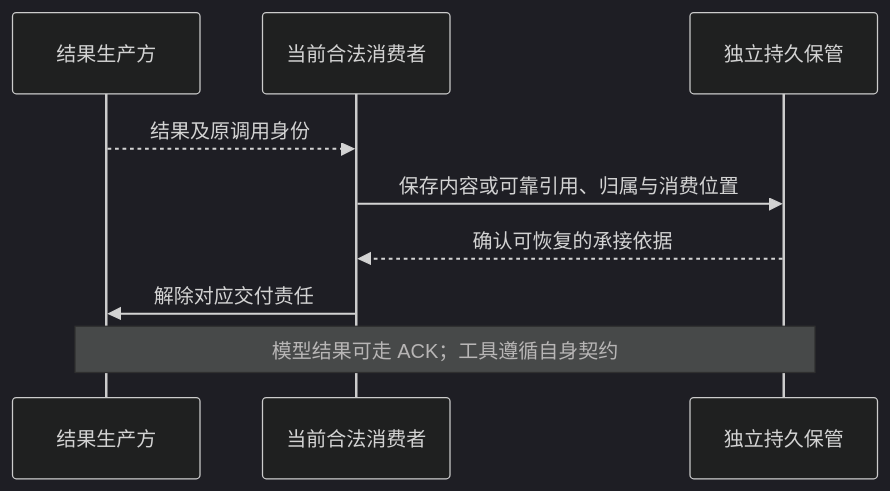
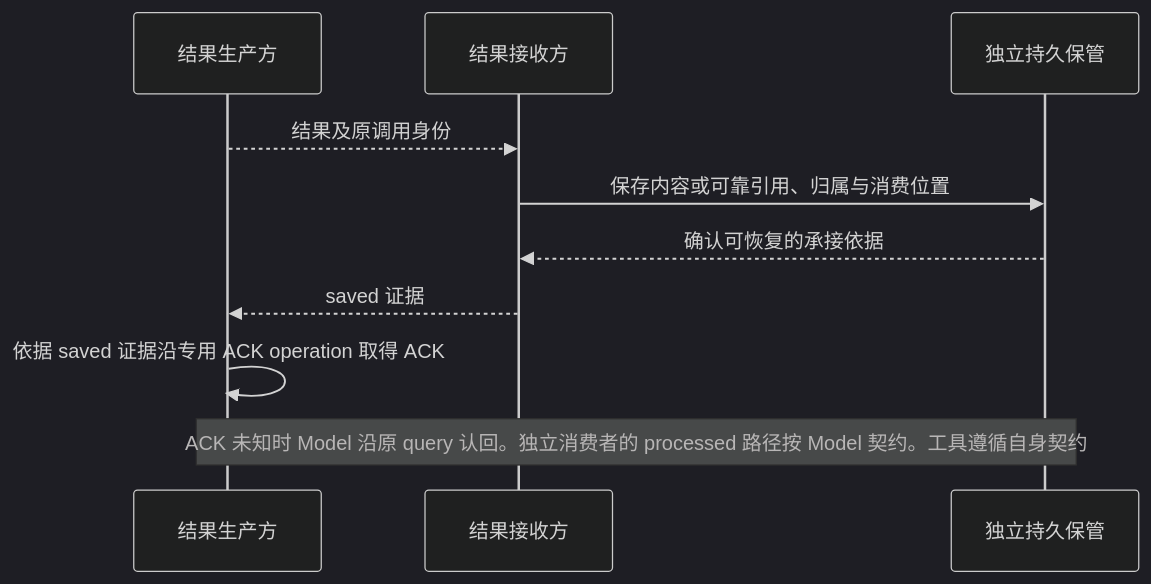
One commit to nemori-ai/omne-harness-lite changed the second of 3 diagrams in docs/architecture/runtime/streaming-and-consumption.md. Above: the diagram before and after it, drawn with Mermaid (dark theme). The commit also changed other lines of this file and 3 other files, not shown here.

````diff
--- a/docs/architecture/runtime/streaming-and-consumption.md
+++ b/docs/architecture/runtime/streaming-and-consumption.md
@@ -46,11 +46,12 @@
 ```mermaid
 sequenceDiagram
     participant P as 结果生产方
-    participant C as 当前合法消费者
+    participant R as 结果接收方
     participant S as 独立持久保管
-    P-->>C: 结果及原调用身份
-    C->>S: 保存内容或可靠引用、归属与消费位置
-    S-->>C: 确认可恢复的承接依据
-    C->>P: 解除对应交付责任
-    Note over P,S: 模型结果可走 ACK；工具遵循自身契约
+    P-->>R: 结果及原调用身份
+    R->>S: 保存内容或可靠引用、归属与消费位置
+    S-->>R: 确认可恢复的承接依据
+    R-->>P: saved 证据
+    P->>P: 依据 saved 证据沿专用 ACK operation 取得 ACK
+    Note over P,S: ACK 未知时 Model 沿原 query 认回。独立消费者的 processed 路径按 Model 契约。工具遵循自身契约
 ```
````
